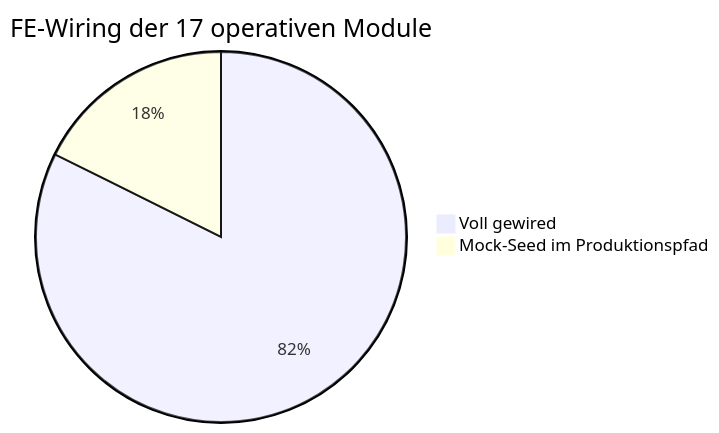
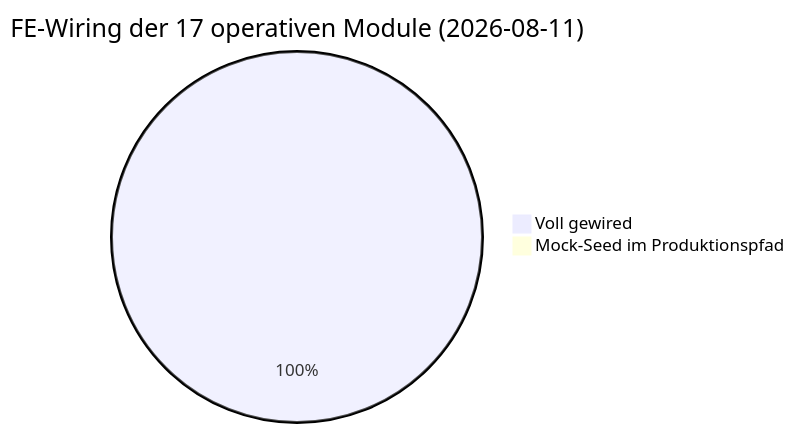
One commit to Lukes-Git-Beginning/KMU-Hub changed the first of 3 diagrams in .planning/status-overview.md. Above: the diagram before and after it, drawn with Mermaid. The commit also changed other lines of this file and 1 other file, not shown here.

````diff
--- a/.planning/status-overview.md
+++ b/.planning/status-overview.md
@@ -79,5 +109,5 @@
 ```mermaid
-pie title FE-Wiring der 17 operativen Module
-    "Voll gewired" : 14
-    "Mock-Seed im Produktionspfad" : 3
+pie title FE-Wiring der 17 operativen Module (2026-08-11)
+    "Voll gewired" : 17
+    "Mock-Seed im Produktionspfad" : 0
 ```
````
